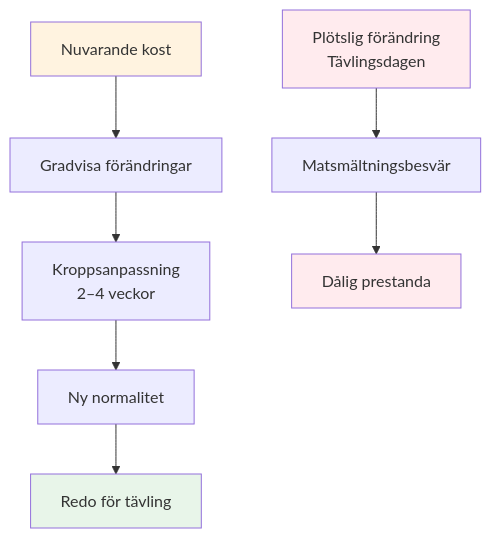
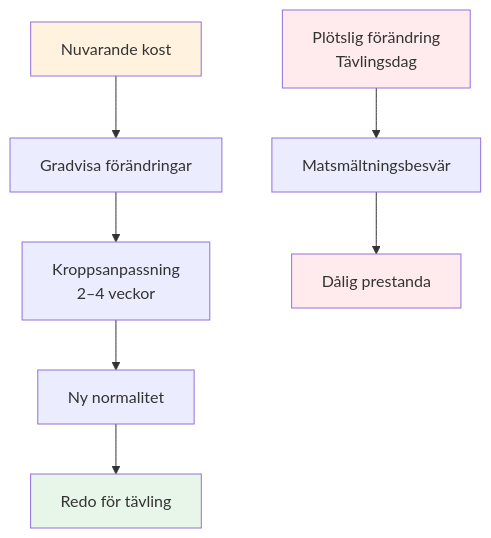
Before and after one commit to patwii/petanque-academy: the second of 2 diagrams in docs/sv/education/nutrition/index.md, drawn with Mermaid. The commit also changed other lines of this file and 532 other files, not shown here.

````diff
--- a/docs/sv/education/nutrition/index.md
+++ b/docs/sv/education/nutrition/index.md
@@ -188,15 +188,15 @@
 ```mermaid
 graph TD
     A[Nuvarande kost] --> B[Gradvisa förändringar]
-    B --> C[Kroppsanpassning<br/>2–4 veckor]
+    B --> C[Kroppsanpassning <br/> 2–4 veckor]
     C --> D[Ny normalitet]
     D --> E[Redo för tävling]
 
-    F[Plötslig förändring<br/>Tävlingsdagen] --> G[Matsmältningsbesvär]
+    F[Plötslig förändring <br/> Tävlingsdag] --> G[Matsmältningsbesvär]
     G --> H[Dålig prestanda]
 
     style A fill:#fff3e0
     style E fill:#e8f5e9
     style F fill:#ffebee
     style H fill:#ffebee
 ```
````
